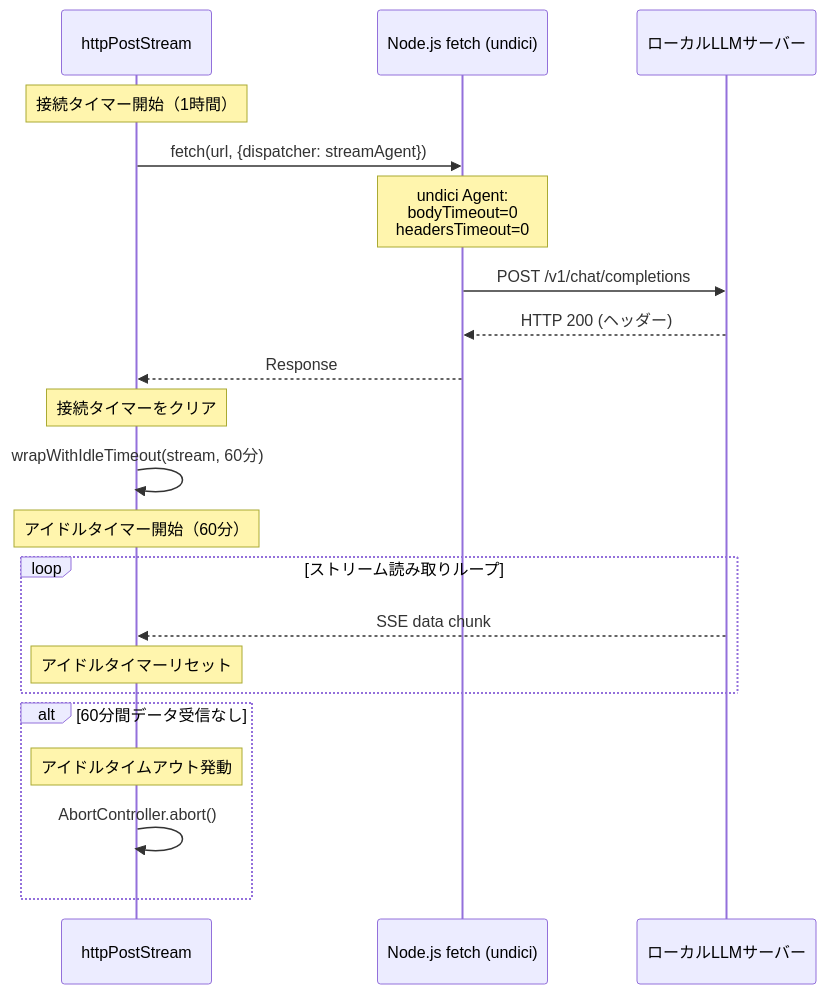
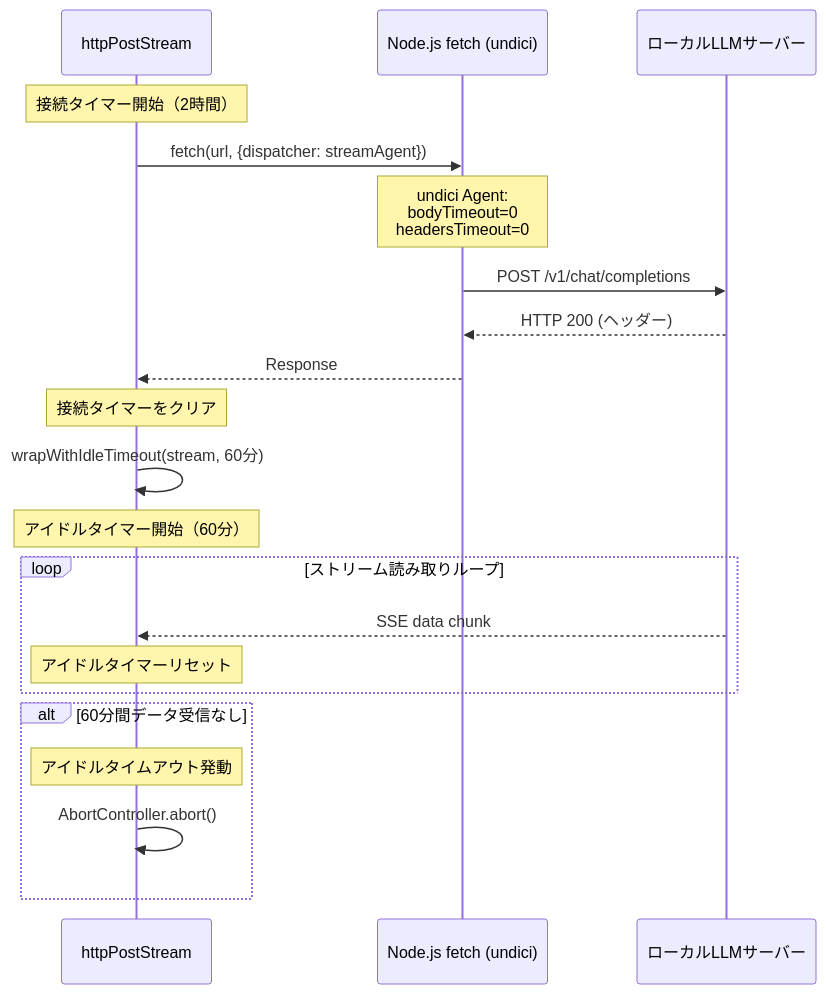
One commit to t2k2pp/lllmAgents changed diagram 13 of 14 in docs/internal_design.md. Above: the diagram before and after it, drawn with Mermaid. The commit also changed other lines of this file and 30 other files, not shown here.

````diff
--- a/docs/internal_design.md
+++ b/docs/internal_design.md
@@ -793,27 +808,27 @@
 ```mermaid
 sequenceDiagram
     participant App as httpPostStream
     participant Undici as Node.js fetch (undici)
     participant LLM as ローカルLLMサーバー
 
-    Note over App: 接続タイマー開始（1時間）
+    Note over App: 接続タイマー開始（2時間）
     App->>Undici: fetch(url, {dispatcher: streamAgent})
     Note over Undici: undici Agent:<br/>bodyTimeout=0<br/>headersTimeout=0
     Undici->>LLM: POST /v1/chat/completions
     LLM-->>Undici: HTTP 200 (ヘッダー)
     Undici-->>App: Response
     Note over App: 接続タイマーをクリア
 
     App->>App: wrapWithIdleTimeout(stream, 60分)
     Note over App: アイドルタイマー開始（60分）
 
     loop ストリーム読み取りループ
         LLM-->>App: SSE data chunk
         Note over App: アイドルタイマーリセット
     end
 
     alt 60分間データ受信なし
         Note over App: アイドルタイムアウト発動
         App->>App: AbortController.abort()
     end
 ```
````
